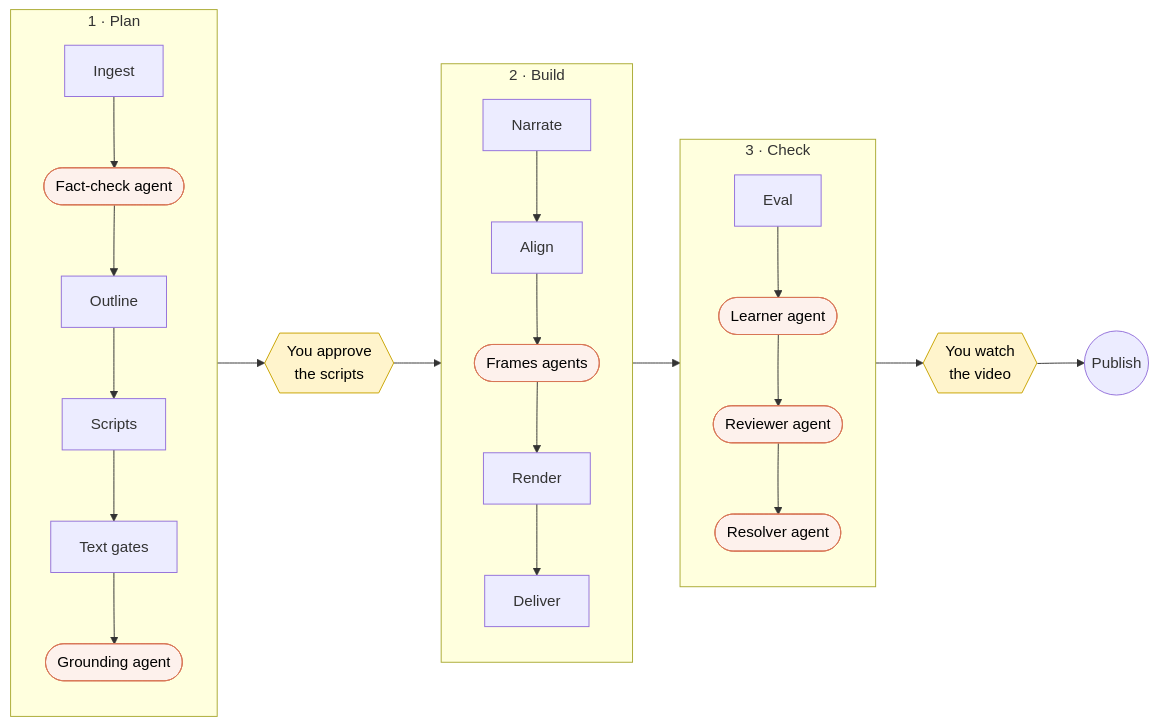
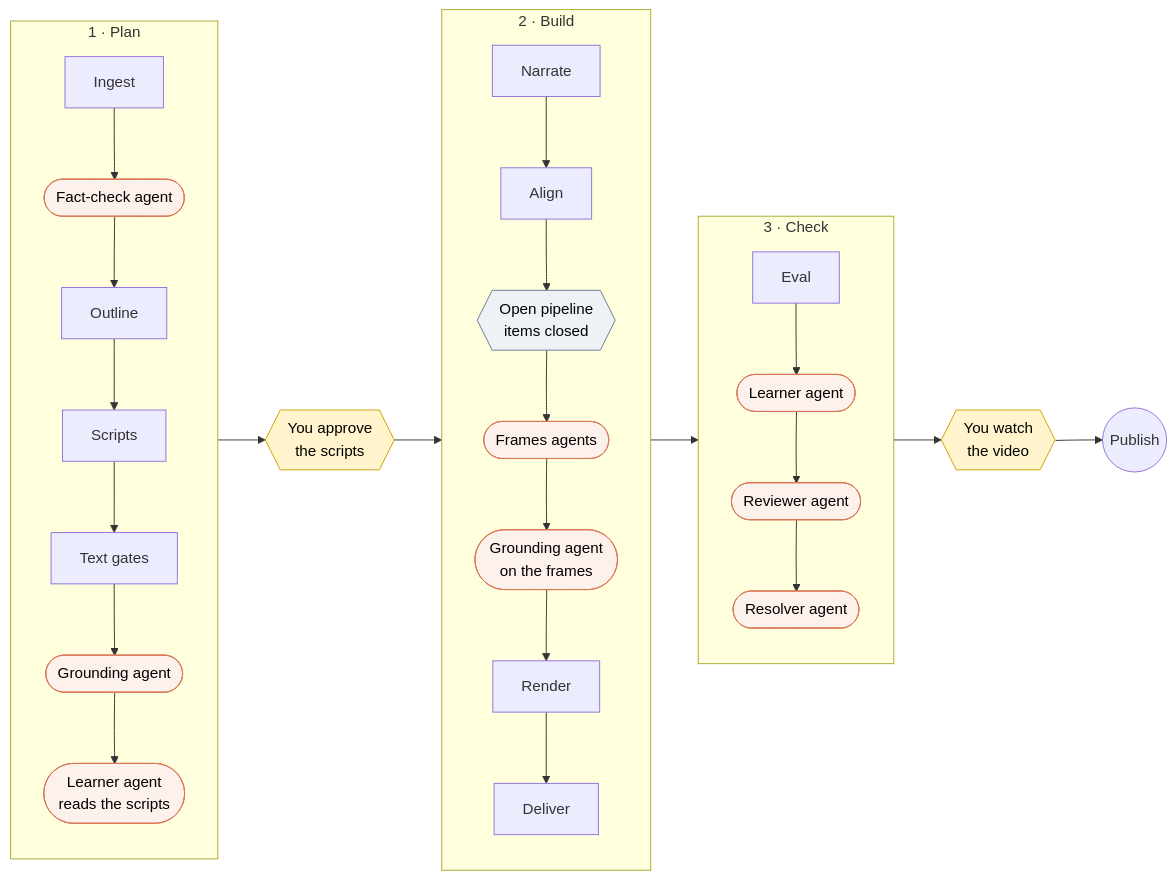
One commit to OlixIgnacious/chalk changed the diagram in README.md. Above: the diagram before and after it, drawn with Mermaid. The commit also changed other lines of this file, not shown here.

First line of the commit message:
README: the 0.8.0 stages, pipeline debt, pinned waivers and the source check

````diff
--- a/README.md
+++ b/README.md
@@ -58,23 +58,25 @@
 ```mermaid
 flowchart LR
     subgraph P1 ["1 · Plan"]
         direction TB
-        A1[Ingest] --> A0([Fact-check agent]) --> A2[Outline] --> A3[Scripts] --> A4[Text gates] --> A5([Grounding agent])
+        A1[Ingest] --> A0([Fact-check agent]) --> A2[Outline] --> A3[Scripts] --> A4[Text gates] --> A5([Grounding agent]) --> A6([Learner agent<br/>reads the scripts])
     end
     subgraph P2 ["2 · Build"]
         direction TB
-        B1[Narrate] --> B2[Align] --> B3([Frames agents]) --> B4[Render] --> B5[Deliver]
+        B1[Narrate] --> B2[Align] --> B0{{Open pipeline<br/>items closed}} --> B3([Frames agents]) --> B6([Grounding agent<br/>on the frames]) --> B4[Render] --> B5[Deliver]
     end
     subgraph P3 ["3 · Check"]
         direction TB
         C1[Eval] --> C2([Learner agent]) --> C3([Reviewer agent]) --> C4([Resolver agent])
     end
 
     P1 --> G1{{You approve<br/>the scripts}} --> P2
     P2 --> P3 --> G2{{You watch<br/>the video}} --> Done((Publish))
 
     classDef agent fill:#fdf1ec,stroke:#d97757,color:#000
     classDef gate fill:#fff4cc,stroke:#c9a400,color:#000
-    class A0,A5,B3,C2,C3,C4 agent
+    class A0,A5,A6,B3,B6,C2,C3,C4 agent
     class G1,G2 gate
+    classDef debt fill:#eef2f7,stroke:#6b7a90,color:#000
+    class B0 debt
 ```
````
